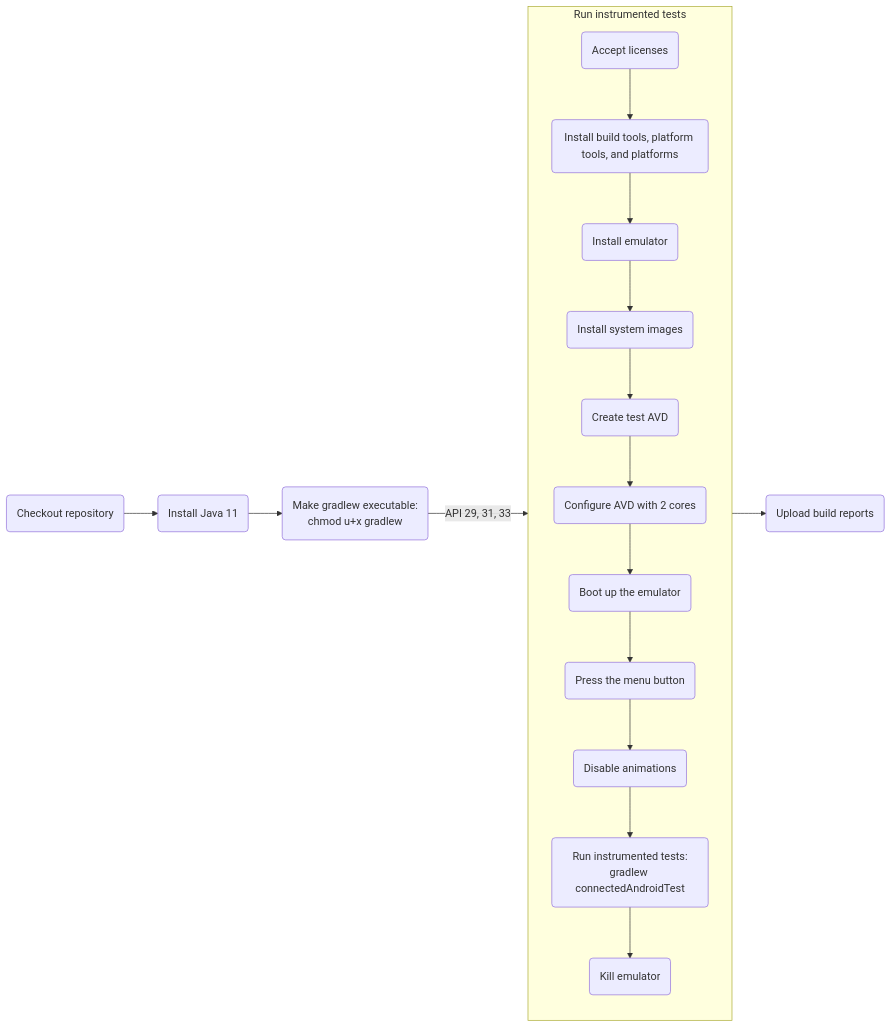
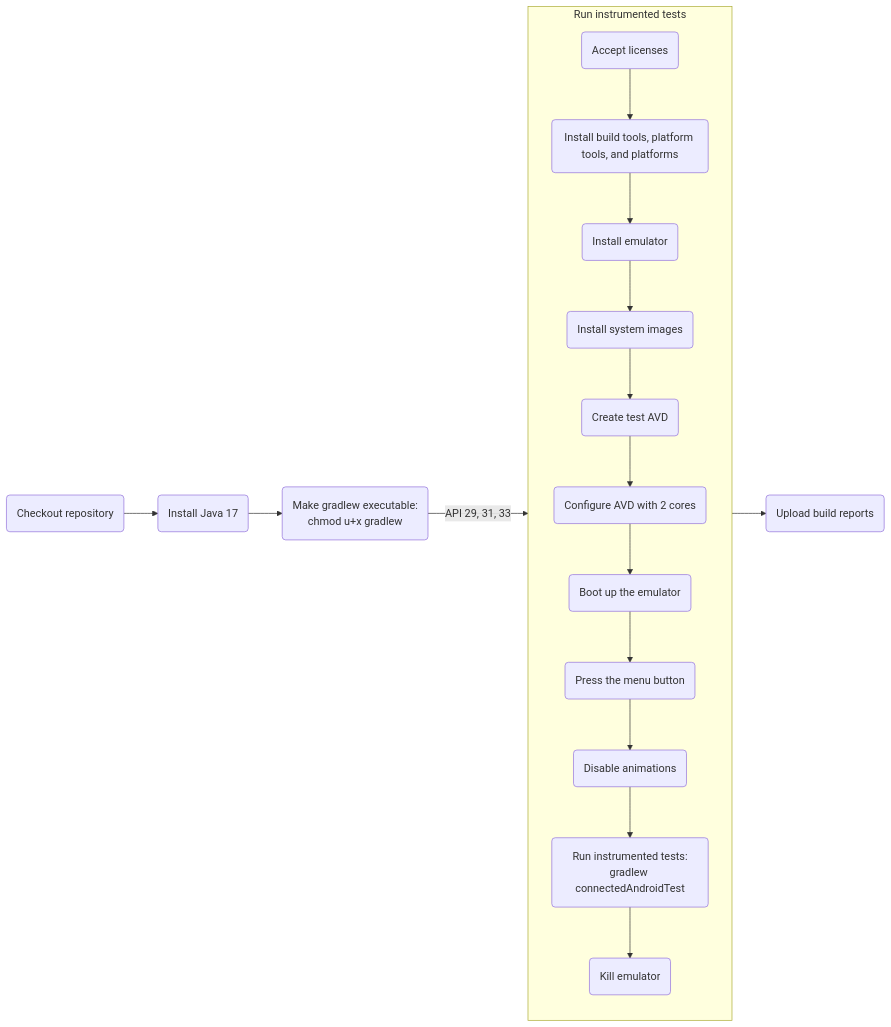
The second of 4 diagrams in README.md (Abhiek187/ez-recipes-android), drawn with Mermaid before and after one commit. The commit also changed other lines of this file, not shown here.

Commit message:
Update diagrams to install Java 17

````diff
--- a/README.md
+++ b/README.md
@@ -51,22 +51,22 @@
 ```mermaid
 flowchart LR
 
-A(Checkout repository) --> B(Install Java 11)
+A(Checkout repository) --> B(Install Java 17)
 B --> C(Make gradlew executable:\nchmod u+x gradlew)
 C -->|API 29, 31, 33| D
 D --> E(Upload build reports)
 
 subgraph D [Run instrumented tests]
 direction TB
 F(Accept licenses) --> G(Install build tools, platform tools, and platforms)
 G --> H(Install emulator)
 H --> I(Install system images)
 I --> J(Create test AVD)
 J --> K(Configure AVD with 2 cores)
 K --> L(Boot up the emulator)
 L --> M(Press the menu button)
 M --> N(Disable animations)
 N --> O(Run instrumented tests:\ngradlew connectedAndroidTest)
 O --> P(Kill emulator)
 end
 ```
````
